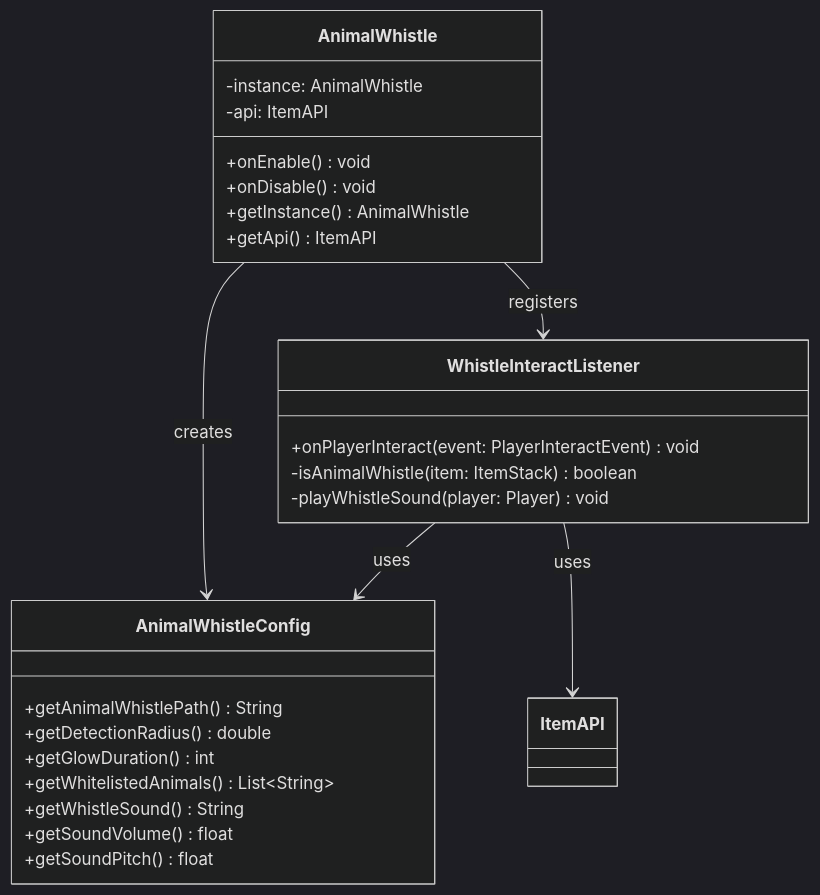
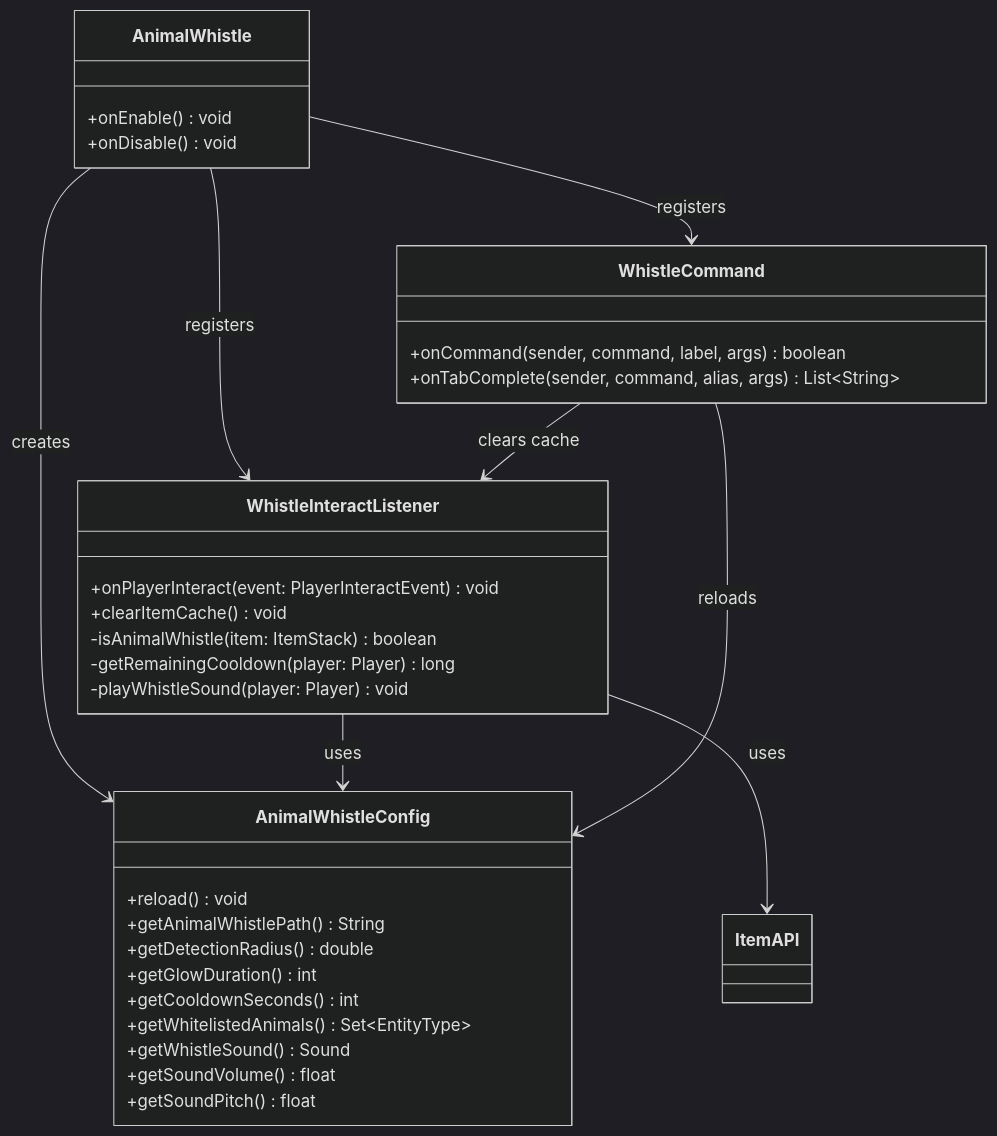
The diagram in README.md (JustinasLa/animal-whistle), drawn with Mermaid (dark theme) before and after one commit. The commit also changed other lines of this file and 8 other files, not shown here.

First line of the commit message:
feat: add cooldown, reload command, and player feedback

````diff
--- a/README.md
+++ b/README.md
@@ -49,32 +55,40 @@
 ```mermaid
 classDiagram
     class AnimalWhistle {
-        -instance: AnimalWhistle
-        -api: ItemAPI
         +onEnable() void
         +onDisable() void
-        +getInstance() AnimalWhistle
-        +getApi() ItemAPI
     }
 
     class AnimalWhistleConfig {
+        +reload() void
         +getAnimalWhistlePath() String
         +getDetectionRadius() double
         +getGlowDuration() int
-        +getWhitelistedAnimals() List~String~
-        +getWhistleSound() String
+        +getCooldownSeconds() int
+        +getWhitelistedAnimals() Set~EntityType~
+        +getWhistleSound() Sound
         +getSoundVolume() float
         +getSoundPitch() float
     }
 
     class WhistleInteractListener {
         +onPlayerInteract(event: PlayerInteractEvent) void
+        +clearItemCache() void
         -isAnimalWhistle(item: ItemStack) boolean
+        -getRemainingCooldown(player: Player) long
         -playWhistleSound(player: Player) void
+    }
+
+    class WhistleCommand {
+        +onCommand(sender, command, label, args) boolean
+        +onTabComplete(sender, command, alias, args) List~String~
     }
 
     AnimalWhistle --> AnimalWhistleConfig : creates
     AnimalWhistle --> WhistleInteractListener : registers
+    AnimalWhistle --> WhistleCommand : registers
     WhistleInteractListener --> AnimalWhistleConfig : uses
     WhistleInteractListener --> ItemAPI : uses
+    WhistleCommand --> AnimalWhistleConfig : reloads
+    WhistleCommand --> WhistleInteractListener : clears cache
 ```
````
